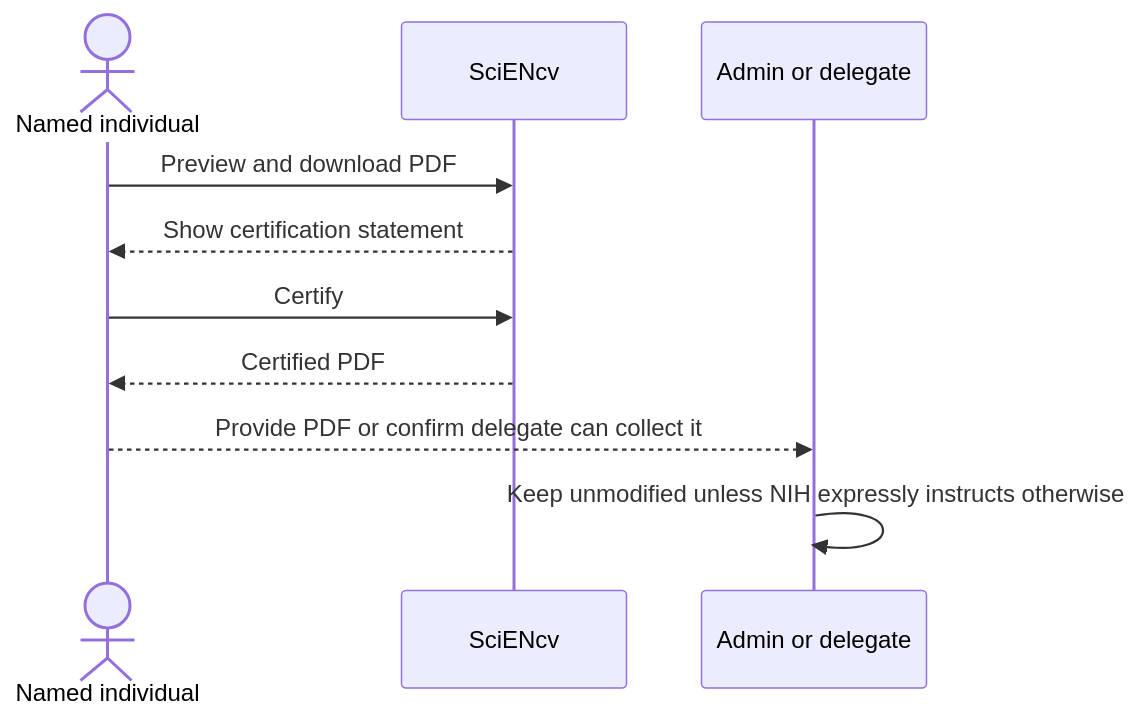
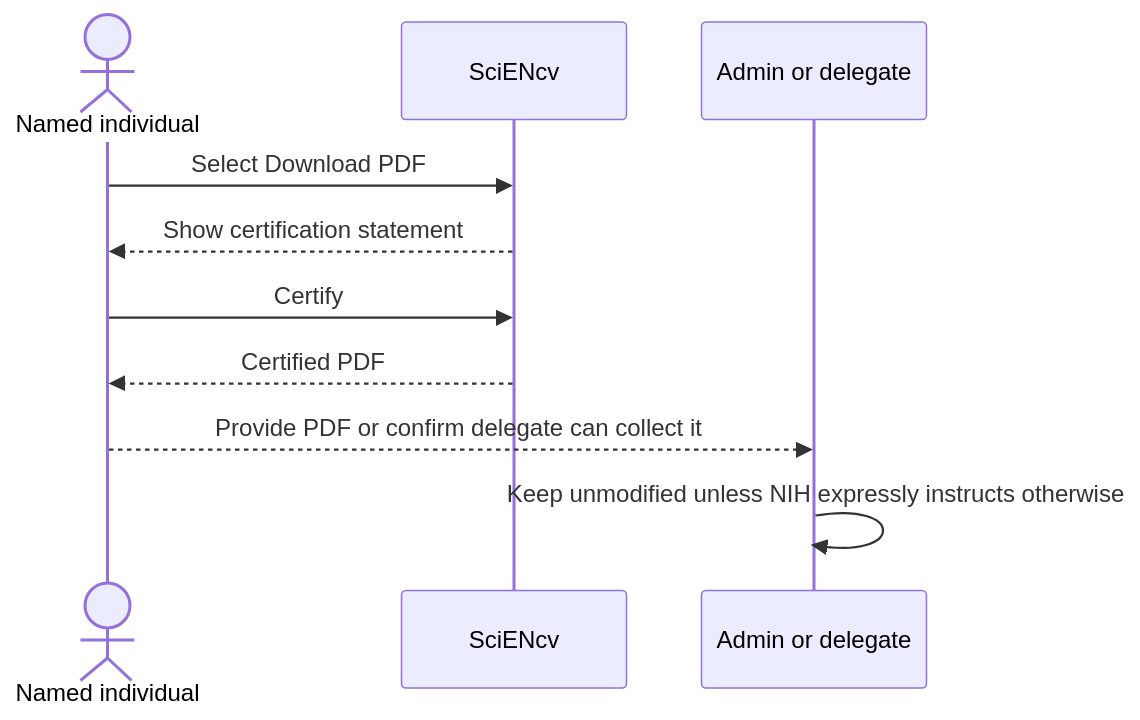
One commit to FritscheLab/nih-sciencv-playbook changed the diagram in docs/biosketch/certify-and-download.md. Above: the diagram before and after it, drawn with Mermaid. The commit also changed other lines of this file and 40 other files, not shown here.

Commit message:
docs: publish SciENcv playbook v1.11

````diff
--- a/docs/biosketch/certify-and-download.md
+++ b/docs/biosketch/certify-and-download.md
@@ -42,14 +40,14 @@
 ```mermaid
 sequenceDiagram
     accTitle: Biosketch certification and PDF handoff
     accDescr: The named individual reviews the biosketch certification statement and certifies in SciENcv, then provides the certified PDF for unmodified handling by the admin or delegate.
     actor Person as Named individual
     participant SciENcv
     participant Admin as Admin or delegate
-    Person->>SciENcv: Preview and download PDF
+    Person->>SciENcv: Select Download PDF
     SciENcv-->>Person: Show certification statement
     Person->>SciENcv: Certify
     SciENcv-->>Person: Certified PDF
     Person-->>Admin: Provide PDF or confirm delegate can collect it
     Admin->>Admin: Keep unmodified unless NIH expressly instructs otherwise
 ```
````
